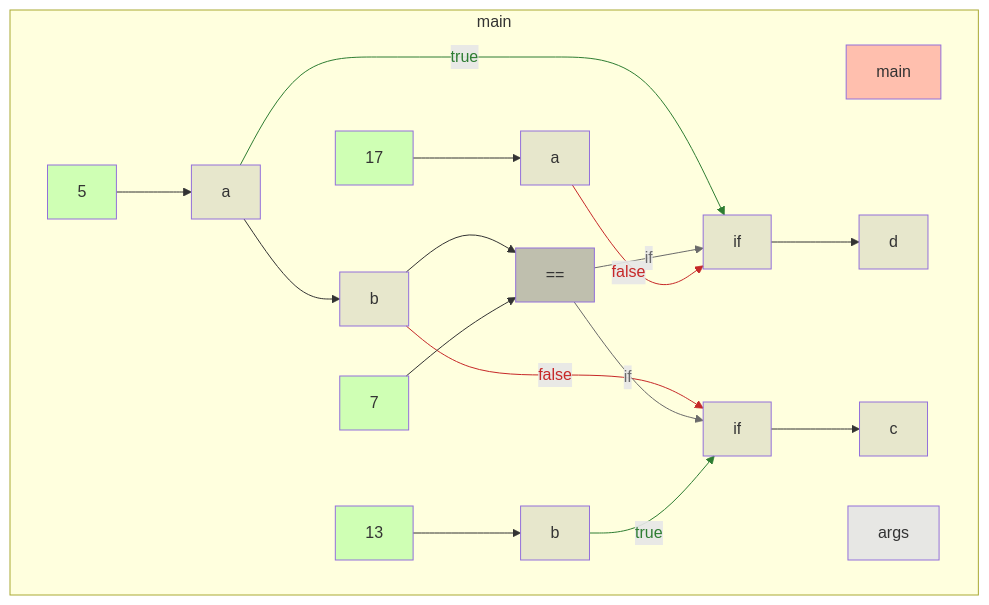
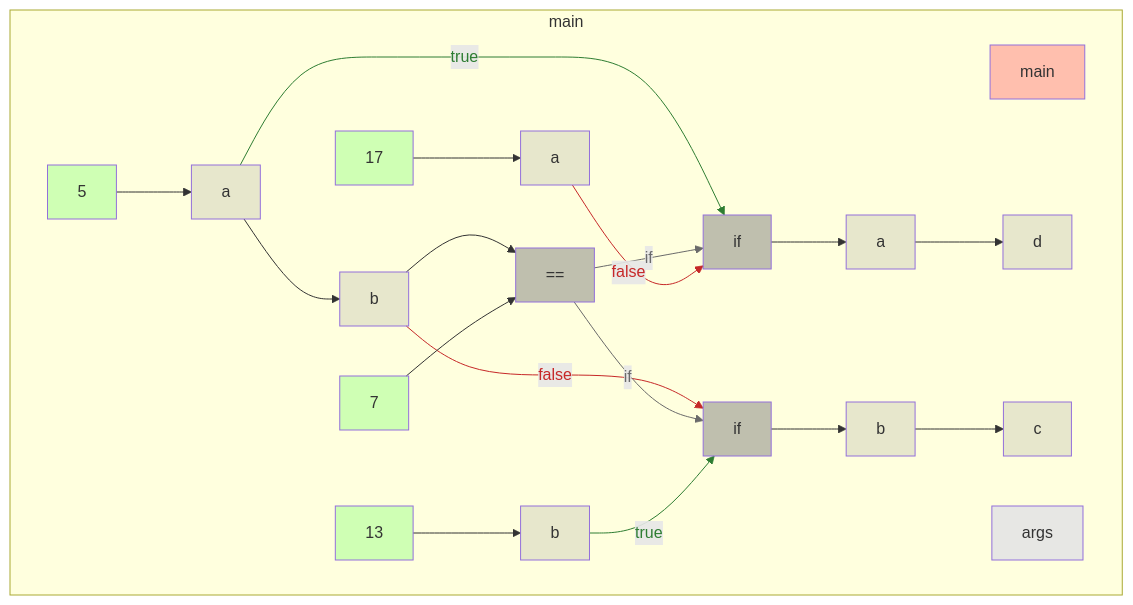
One commit to gstiebler/codeflow changed the diagram in app/src/test/resources/if1/truth.md. Above: the diagram before and after it, drawn with Mermaid. The commit also changed 6 other files, not shown here.

````diff
--- a/app/src/test/resources/if1/truth.md
+++ b/app/src/test/resources/if1/truth.md
@@ -1,47 +1,51 @@
 ```mermaid
 flowchart TD
   subgraph b0["main"]
     n1[main]:::RETURN
     n2[args]:::FUNC_PARAM
     n3[5]:::LITERAL
     n4[a]:::VARIABLE
     n5[b]:::VARIABLE
     n6[7]:::LITERAL
     n7[==]:::BIN_OP
     n8[13]:::LITERAL
     n9[b]:::VARIABLE
     n10[17]:::LITERAL
     n11[a]:::VARIABLE
-    n12[if]:::VARIABLE
-    n13[if]:::VARIABLE
-    n14[c]:::VARIABLE
-    n15[d]:::VARIABLE
+    n12[if]:::BIN_OP
+    n13[a]:::VARIABLE
+    n14[if]:::BIN_OP
+    n15[b]:::VARIABLE
+    n16[c]:::VARIABLE
+    n17[d]:::VARIABLE
     n3[5]:::LITERAL --> n4[a]:::VARIABLE
     n4[a]:::VARIABLE --> n5[b]:::VARIABLE
-    n4[a]:::VARIABLE -->|true| n12[if]:::VARIABLE
+    n4[a]:::VARIABLE -->|true| n12[if]:::BIN_OP
     n5[b]:::VARIABLE --> n7[==]:::BIN_OP
-    n5[b]:::VARIABLE -->|false| n13[if]:::VARIABLE
+    n5[b]:::VARIABLE -->|false| n14[if]:::BIN_OP
     n6[7]:::LITERAL --> n7[==]:::BIN_OP
-    n7[==]:::BIN_OP -->|if| n12[if]:::VARIABLE
-    n7[==]:::BIN_OP -->|if| n13[if]:::VARIABLE
+    n7[==]:::BIN_OP -->|if| n12[if]:::BIN_OP
+    n7[==]:::BIN_OP -->|if| n14[if]:::BIN_OP
     n8[13]:::LITERAL --> n9[b]:::VARIABLE
-    n9[b]:::VARIABLE -->|true| n13[if]:::VARIABLE
+    n9[b]:::VARIABLE -->|true| n14[if]:::BIN_OP
     n10[17]:::LITERAL --> n11[a]:::VARIABLE
-    n11[a]:::VARIABLE -->|false| n12[if]:::VARIABLE
-    n12[if]:::VARIABLE --> n15[d]:::VARIABLE
-    n13[if]:::VARIABLE --> n14[c]:::VARIABLE
+    n11[a]:::VARIABLE -->|false| n12[if]:::BIN_OP
+    n12[if]:::BIN_OP --> n13[a]:::VARIABLE
+    n13[a]:::VARIABLE --> n17[d]:::VARIABLE
+    n14[if]:::BIN_OP --> n15[b]:::VARIABLE
+    n15[b]:::VARIABLE --> n16[c]:::VARIABLE
   end
   linkStyle 2 stroke:#2e7d32,color:#2e7d32
   linkStyle 4 stroke:#c62828,color:#c62828
   linkStyle 6 stroke:#6a6a6a,color:#6a6a6a
   linkStyle 7 stroke:#6a6a6a,color:#6a6a6a
   linkStyle 9 stroke:#2e7d32,color:#2e7d32
   linkStyle 11 stroke:#c62828,color:#c62828
   classDef LITERAL fill:#00FF0030
   classDef VARIABLE fill:#80808030
   classDef BIN_OP fill:#80808080
   classDef FUNC_PARAM fill:#8080FF30
   classDef RETURN fill:#FF808080
   classDef EXTERNAL fill:#FFA50040
   classDef UNMODELLED fill:#FF000030,stroke-dasharray: 4 2
 ```
````
